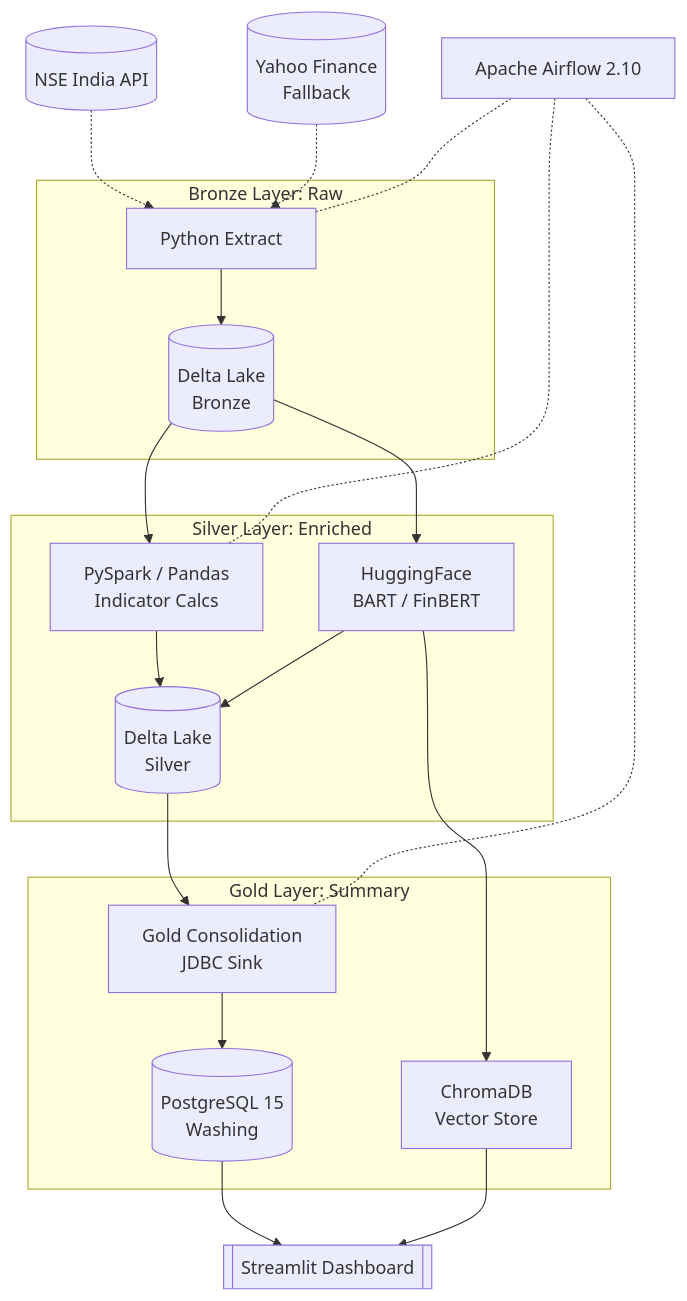
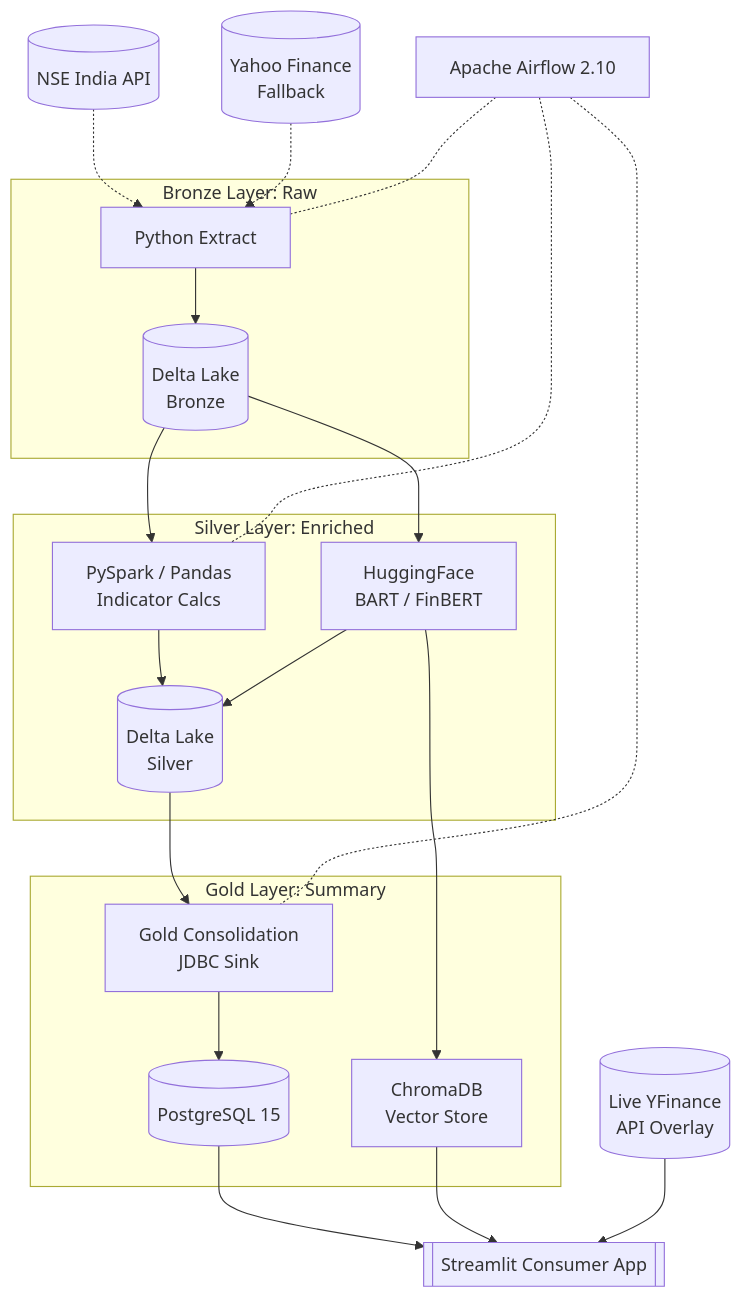
The diagram in README.md (Aryan0906/FINSCOPE), drawn with Mermaid before and after one commit. The commit also changed other lines of this file and 5 other files, not shown here.

Commit message:
feat: implement Streamlit consumer dashboard with real-time yfinance market overlays and analytical pages

````diff
--- a/README.md
+++ b/README.md
@@ -7,53 +7,57 @@
 ```mermaid
 flowchart TD
     %% Data Sources
     NSE[(NSE India API)]
     YF[(Yahoo Finance\nFallback)]
     
     %% Orchestration
     Airflow[Apache Airflow 2.10]
     
     %% Ingestion / Bronze
     subgraph Bronze [Bronze Layer: Raw]
         Extract[Python Extract]
         DL_B[(Delta Lake\nBronze)]
     end
 
     %% Transformation / Silver
     subgraph Silver [Silver Layer: Enriched]
         SparkTx[PySpark / Pandas\nIndicator Calcs]
         ML_NLP[HuggingFace\nBART / FinBERT]
         DL_S[(Delta Lake\nSilver)]
     end
 
     %% Warehouse / Gold
     subgraph Gold [Gold Layer: Summary]
         SparkGold[Gold Consolidation\nJDBC Sink]
         Chroma[ChromaDB\nVector Store]
-        PG[(PostgreSQL 15\nWashing)]
+        PG[(PostgreSQL 15)]
     end
 
     %% Frontend UI
-    UI[[Streamlit Dashboard]]
+    UI[[Streamlit Consumer App]]
+
+    %% Live Tick Overlay
+    LiveYF[(Live YFinance\nAPI Overlay)]
 
     %% Edges
     NSE -.-> Extract
     YF -.-> Extract
     Extract --> DL_B
     
     DL_B --> SparkTx
     SparkTx --> DL_S
     DL_B --> ML_NLP
     ML_NLP --> DL_S
     
     DL_S --> SparkGold
     ML_NLP --> Chroma
     SparkGold --> PG
     
     PG --> UI
     Chroma --> UI
+    LiveYF --> UI
     
     Airflow -.- Extract
     Airflow -.- SparkTx
     Airflow -.- SparkGold
 ```
````
